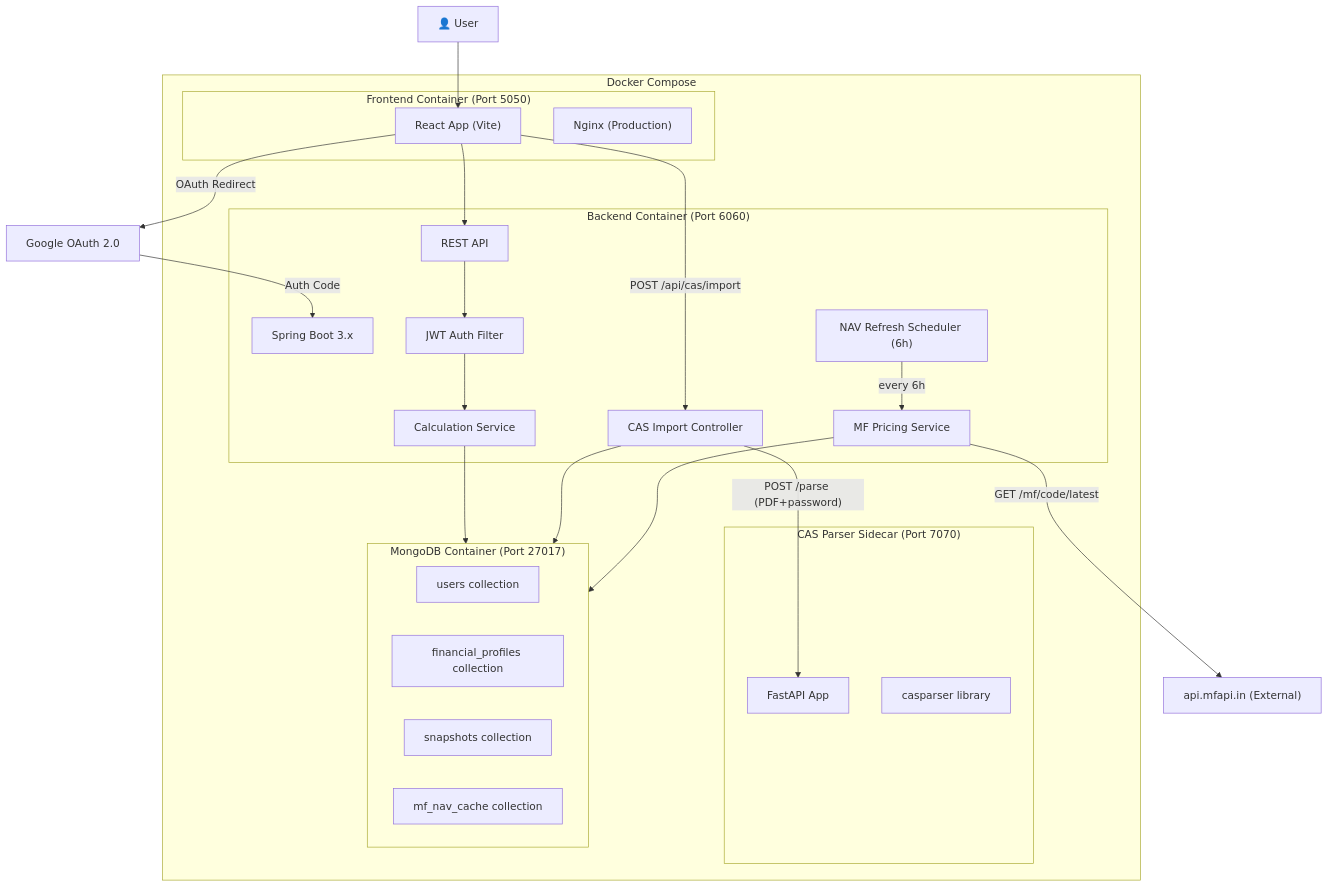
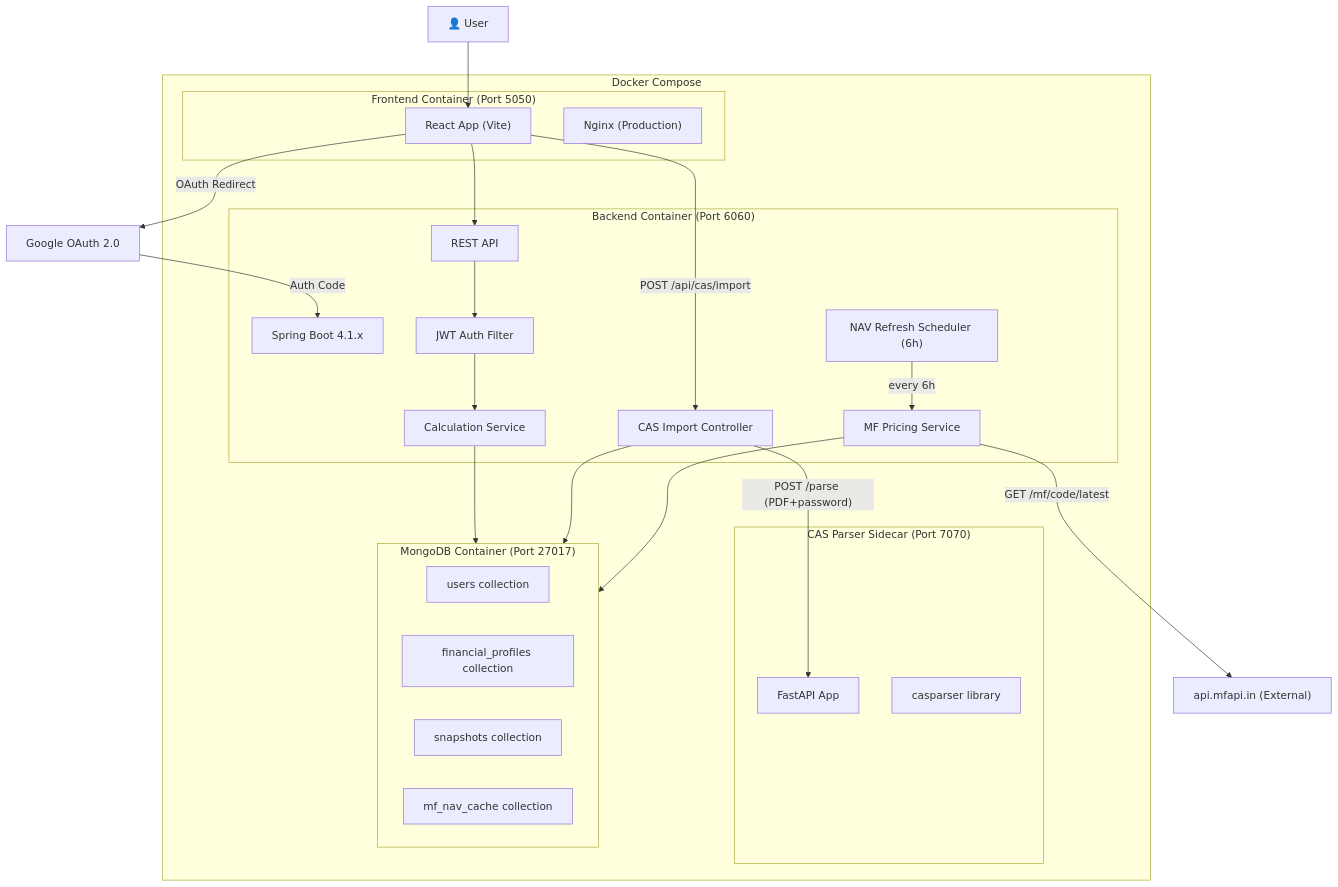
Before and after one commit to jayy2kok/networth: the first of 2 diagrams in docs/architecture.md, drawn with Mermaid. The commit also changed other lines of this file and 7 other files, not shown here.

Commit message:
feat: upgrade Java and Spring Boot versions, update dependencies, and refine configuration

````diff
--- a/docs/architecture.md
+++ b/docs/architecture.md
@@ -48,47 +48,47 @@
 ```mermaid
 graph TB
     subgraph Docker Compose
         subgraph Frontend["Frontend Container (Port 5050)"]
             React["React App (Vite)"]
             Nginx["Nginx (Production)"]
         end
 
         subgraph Backend["Backend Container (Port 6060)"]
-            Spring["Spring Boot 3.x"]
+            Spring["Spring Boot 4.1.x"]
             JWT["JWT Auth Filter"]
             REST["REST API"]
             CalcService["Calculation Service"]
             CASCtrl["CAS Import Controller"]
             MFService["MF Pricing Service"]
             Scheduler["NAV Refresh Scheduler (6h)"]
         end
 
         subgraph CASParser["CAS Parser Sidecar (Port 7070)"]
             FastAPI["FastAPI App"]
             Parser["casparser library"]
         end
 
         subgraph DB["MongoDB Container (Port 27017)"]
             Users["users collection"]
             Profiles["financial_profiles collection"]
             Snapshots["snapshots collection"]
             NavCache["mf_nav_cache collection"]
         end
     end
 
     MFAPI["api.mfapi.in (External)"]
 
     User["👤 User"] --> React
     React --> REST
     REST --> JWT
     JWT --> CalcService
     CalcService --> DB
     React -->|"POST /api/cas/import"| CASCtrl
     CASCtrl -->|"POST /parse (PDF+password)"| FastAPI
     CASCtrl --> DB
     MFService -->|"GET /mf/code/latest"| MFAPI
     Scheduler -->|"every 6h"| MFService
     MFService --> DB
     React -->|"OAuth Redirect"| Google["Google OAuth 2.0"]
     Google -->|"Auth Code"| Spring
 ```
````
